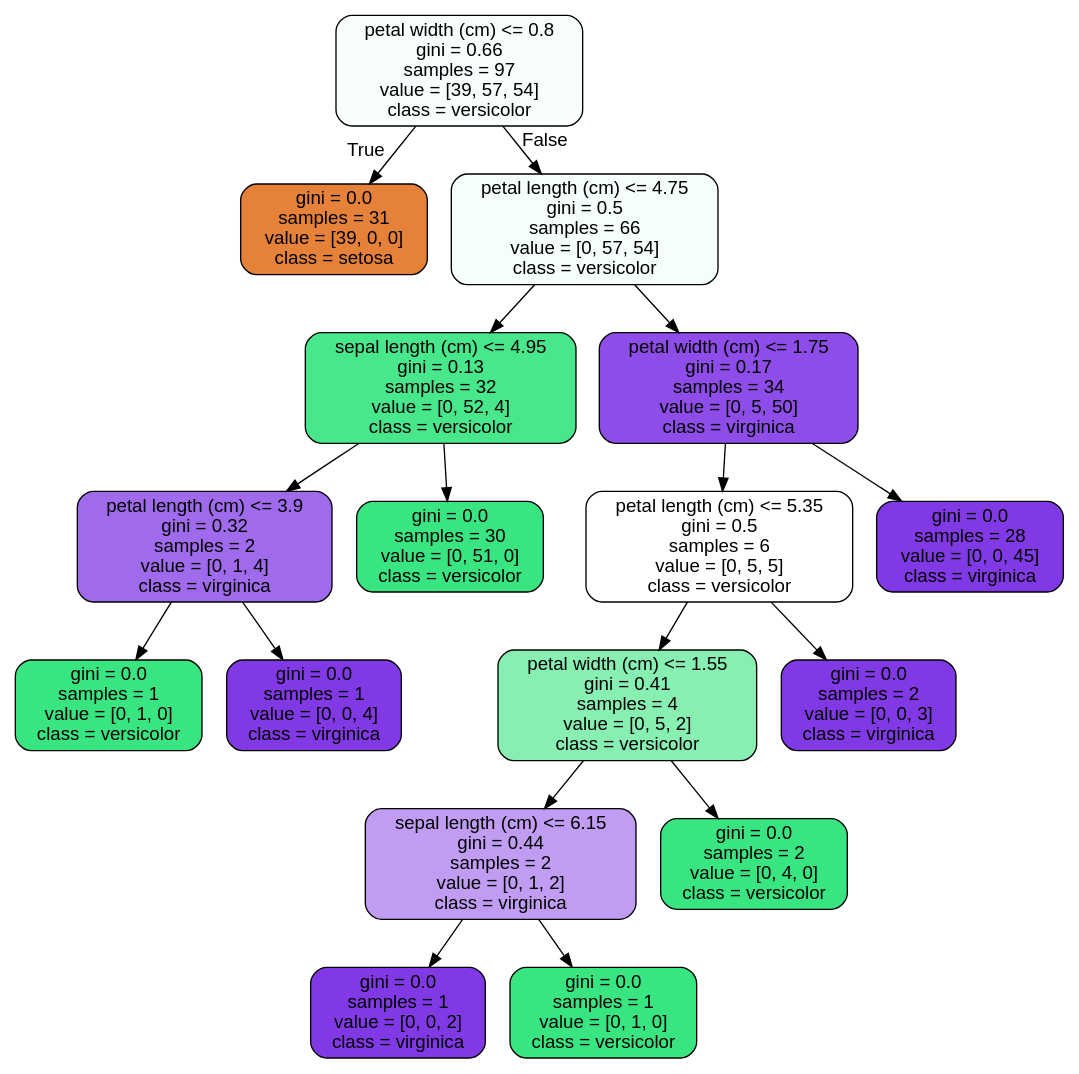
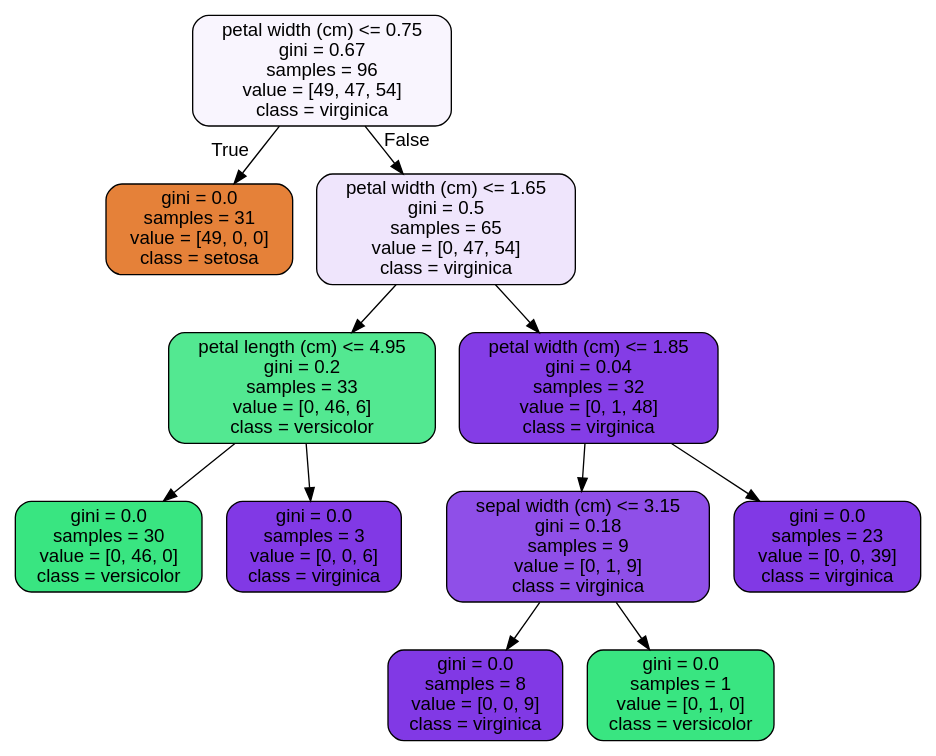
One commit to ellerybledsoe/Springboard changed the diagram in RandomForest Covid Case Study_06302020/tree.dot. Above: the diagram before and after it, drawn with Graphviz. The commit also changed 2 other files, not shown here.

```diff
--- a/RandomForest Covid Case Study_06302020/tree.dot
+++ b/RandomForest Covid Case Study_06302020/tree.dot
@@ -1,37 +1,25 @@
 digraph Tree {
 node [shape=box, style="filled, rounded", color="black", fontname=helvetica] ;
 edge [fontname=helvetica] ;
-0 [label="petal width (cm) <= 0.8\ngini = 0.66\nsamples = 97\nvalue = [39, 57, 54]\nclass = versicolor", fillcolor="#f9fefb"] ;
-1 [label="gini = 0.0\nsamples = 31\nvalue = [39, 0, 0]\nclass = setosa", fillcolor="#e58139"] ;
+0 [label="petal width (cm) <= 0.75\ngini = 0.67\nsamples = 96\nvalue = [49, 47, 54]\nclass = virginica", fillcolor="#f9f5fe"] ;
+1 [label="gini = 0.0\nsamples = 31\nvalue = [49, 0, 0]\nclass = setosa", fillcolor="#e58139"] ;
 0 -> 1 [labeldistance=2.5, labelangle=45, headlabel="True"] ;
-2 [label="petal length (cm) <= 4.75\ngini = 0.5\nsamples = 66\nvalue = [0, 57, 54]\nclass = versicolor", fillcolor="#f5fef8"] ;
+2 [label="petal width (cm) <= 1.65\ngini = 0.5\nsamples = 65\nvalue = [0, 47, 54]\nclass = virginica", fillcolor="#efe5fc"] ;
 0 -> 2 [labeldistance=2.5, labelangle=-45, headlabel="False"] ;
-3 [label="sepal length (cm) <= 4.95\ngini = 0.13\nsamples = 32\nvalue = [0, 52, 4]\nclass = versicolor", fillcolor="#48e78b"] ;
+3 [label="petal length (cm) <= 4.95\ngini = 0.2\nsamples = 33\nvalue = [0, 46, 6]\nclass = versicolor", fillcolor="#53e891"] ;
 2 -> 3 ;
-4 [label="petal length (cm) <= 3.9\ngini = 0.32\nsamples = 2\nvalue = [0, 1, 4]\nclass = virginica", fillcolor="#a06aec"] ;
+4 [label="gini = 0.0\nsamples = 30\nvalue = [0, 46, 0]\nclass = versicolor", fillcolor="#39e581"] ;
 3 -> 4 ;
-5 [label="gini = 0.0\nsamples = 1\nvalue = [0, 1, 0]\nclass = versicolor", fillcolor="#39e581"] ;
-4 -> 5 ;
-6 [label="gini = 0.0\nsamples = 1\nvalue = [0, 0, 4]\nclass = virginica", fillcolor="#8139e5"] ;
-4 -> 6 ;
-7 [label="gini = 0.0\nsamples = 30\nvalue = [0, 51, 0]\nclass = versicolor", fillcolor="#39e581"] ;
-3 -> 7 ;
-8 [label="petal width (cm) <= 1.75\ngini = 0.17\nsamples = 34\nvalue = [0, 5, 50]\nclass = virginica", fillcolor="#8e4de8"] ;
-2 -> 8 ;
-9 [label="petal length (cm) <= 5.35\ngini = 0.5\nsamples = 6\nvalue = [0, 5, 5]\nclass = versicolor", fillcolor="#ffffff"] ;
-8 -> 9 ;
-10 [label="petal width (cm) <= 1.55\ngini = 0.41\nsamples = 4\nvalue = [0, 5, 2]\nclass = versicolor", fillcolor="#88efb3"] ;
-9 -> 10 ;
-11 [label="sepal length (cm) <= 6.15\ngini = 0.44\nsamples = 2\nvalue = [0, 1, 2]\nclass = virginica", fillcolor="#c09cf2"] ;
-10 -> 11 ;
-12 [label="gini = 0.0\nsamples = 1\nvalue = [0, 0, 2]\nclass = virginica", fillcolor="#8139e5"] ;
-11 -> 12 ;
-13 [label="gini = 0.0\nsamples = 1\nvalue = [0, 1, 0]\nclass = versicolor", fillcolor="#39e581"] ;
-11 -> 13 ;
-14 [label="gini = 0.0\nsamples = 2\nvalue = [0, 4, 0]\nclass = versicolor", fillcolor="#39e581"] ;
-10 -> 14 ;
-15 [label="gini = 0.0\nsamples = 2\nvalue = [0, 0, 3]\nclass = virginica", fillcolor="#8139e5"] ;
-9 -> 15 ;
-16 [label="gini = 0.0\nsamples = 28\nvalue = [0, 0, 45]\nclass = virginica", fillcolor="#8139e5"] ;
-8 -> 16 ;
+5 [label="gini = 0.0\nsamples = 3\nvalue = [0, 0, 6]\nclass = virginica", fillcolor="#8139e5"] ;
+3 -> 5 ;
+6 [label="petal width (cm) <= 1.85\ngini = 0.04\nsamples = 32\nvalue = [0, 1, 48]\nclass = virginica", fillcolor="#843de6"] ;
+2 -> 6 ;
+7 [label="sepal width (cm) <= 3.15\ngini = 0.18\nsamples = 9\nvalue = [0, 1, 9]\nclass = virginica", fillcolor="#8f4fe8"] ;
+6 -> 7 ;
+8 [label="gini = 0.0\nsamples = 8\nvalue = [0, 0, 9]\nclass = virginica", fillcolor="#8139e5"] ;
+7 -> 8 ;
+9 [label="gini = 0.0\nsamples = 1\nvalue = [0, 1, 0]\nclass = versicolor", fillcolor="#39e581"] ;
+7 -> 9 ;
+10 [label="gini = 0.0\nsamples = 23\nvalue = [0, 0, 39]\nclass = virginica", fillcolor="#8139e5"] ;
+6 -> 10 ;
 }
```
